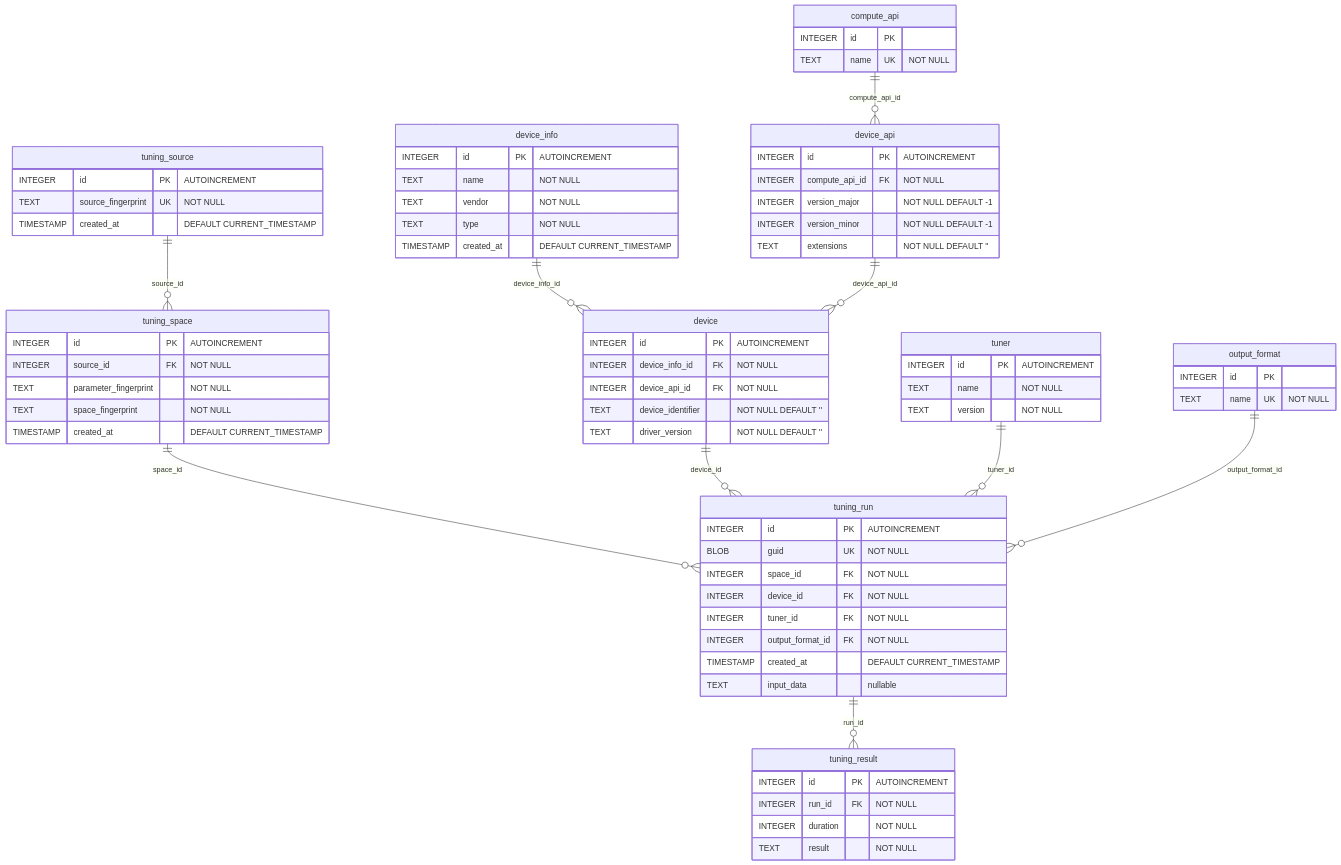
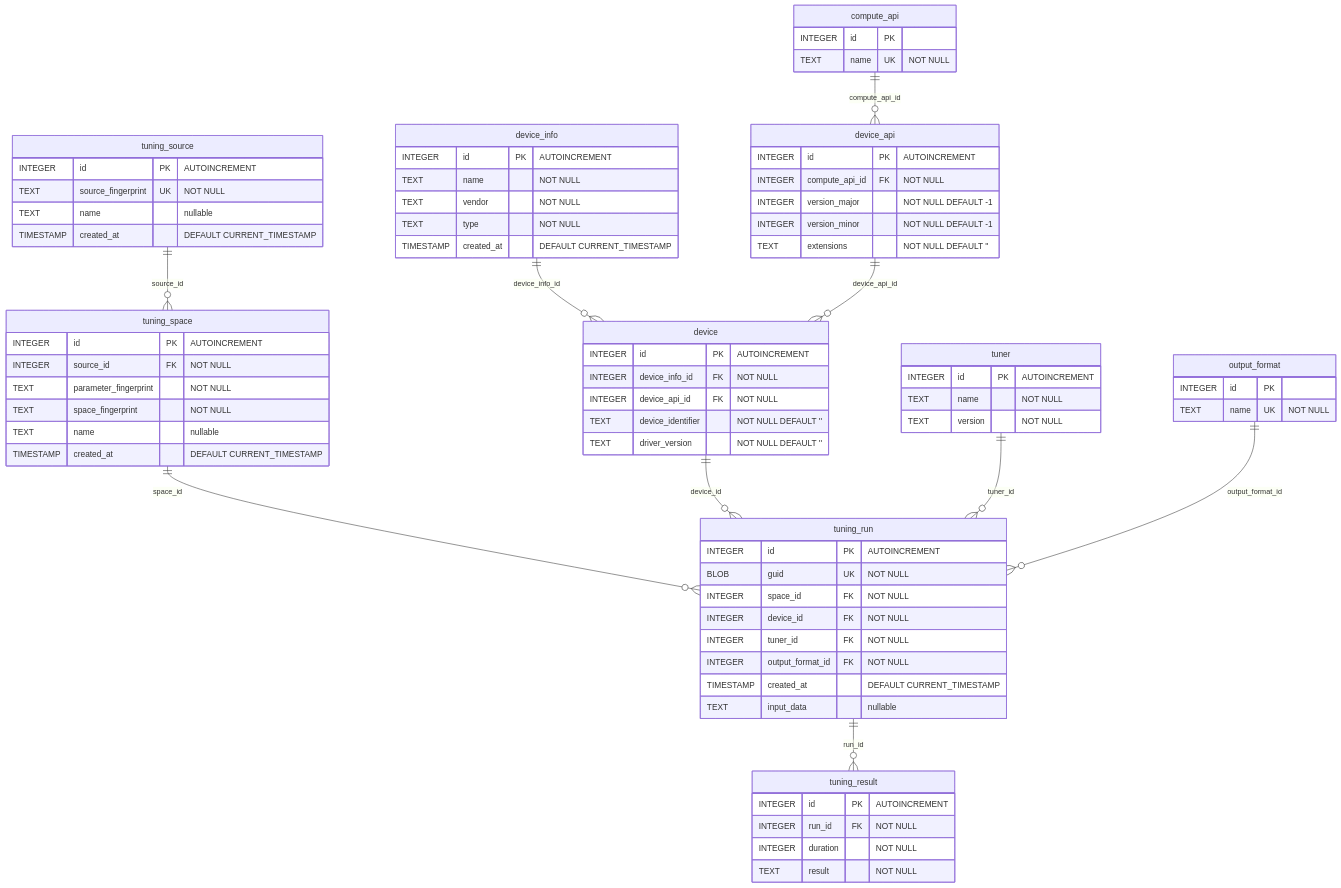
One commit to xbugar/ktt changed the diagram in Database/ERD.md. Above: the diagram before and after it, drawn with Mermaid. The commit also changed other lines of this file and 7 other files, not shown here.

```diff
--- a/Database/ERD.md
+++ b/Database/ERD.md
@@ -48,6 +48,7 @@
     tuning_source {
         INTEGER id PK "AUTOINCREMENT"
         TEXT source_fingerprint UK "NOT NULL"
+        TEXT name "nullable"
         TIMESTAMP created_at "DEFAULT CURRENT_TIMESTAMP"
     }
 
@@ -56,6 +57,7 @@
         INTEGER source_id FK "NOT NULL"
         TEXT parameter_fingerprint "NOT NULL"
         TEXT space_fingerprint "NOT NULL"
+        TEXT name "nullable"
         TIMESTAMP created_at "DEFAULT CURRENT_TIMESTAMP"
     }
 
```
